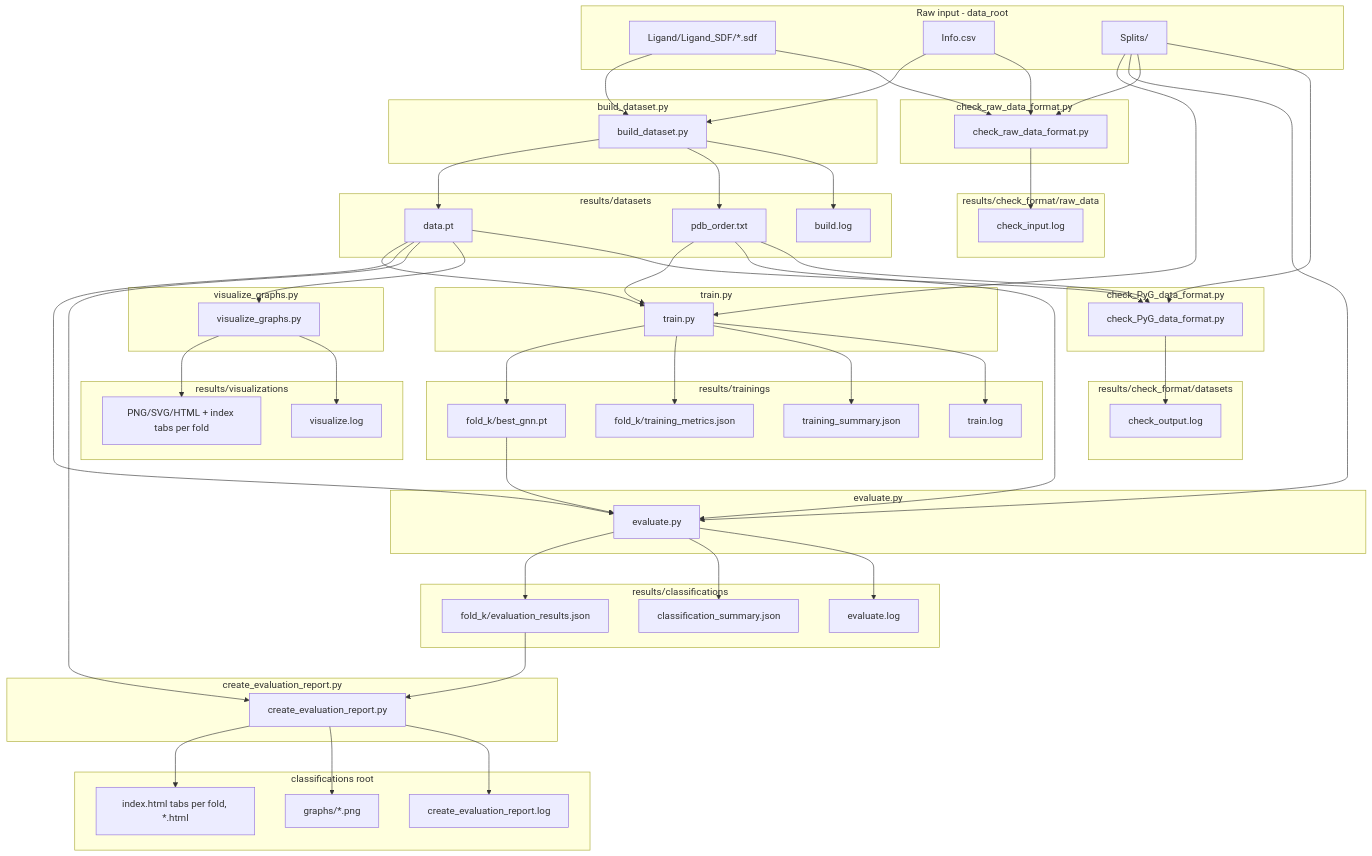
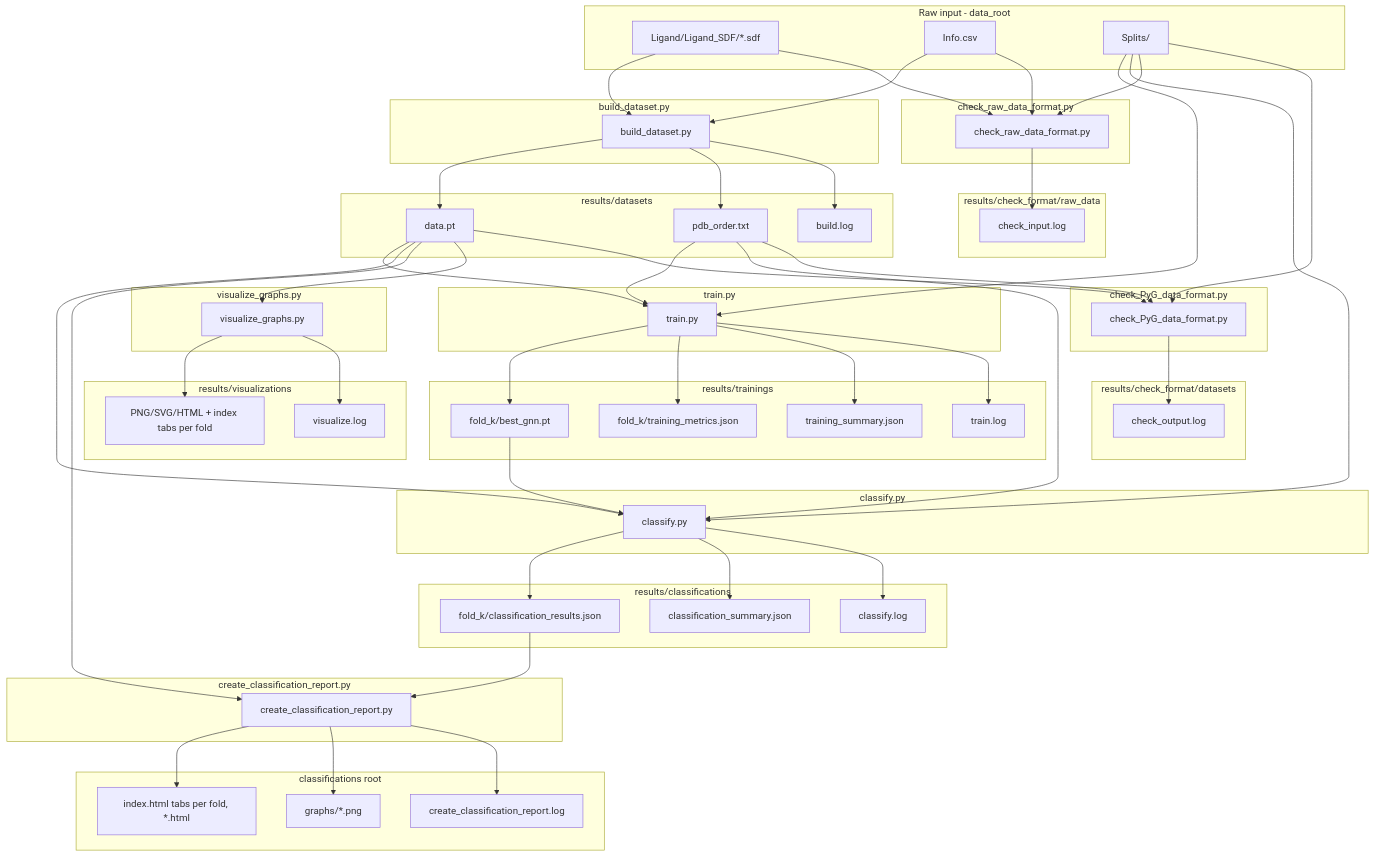
Before and after one commit to mananoreboton/mrpov3_gine_explainers: the first of 2 diagrams in mprov3_gine/README.md, drawn with Mermaid. The commit also changed other lines of this file and 19 other files, not shown here.

First line of the commit message:
Refactor classification and evaluation processes in mprov3_gine

```diff
--- a/mprov3_gine/README.md
+++ b/mprov3_gine/README.md
@@ -41,24 +41,24 @@
         TrainLog[train.log]
     end
 
-    subgraph eval_script [evaluate.py]
-        EvalCLI[evaluate.py]
+    subgraph classif_script [classify.py]
+        ClassifCLI[classify.py]
     end
 
     subgraph out_classifications [results/classifications]
-        EvalJSON[fold_k/evaluation_results.json]
+        ClassifJSON[fold_k/classification_results.json]
         ClassifSummary[classification_summary.json]
-        EvalLog[evaluate.log]
+        ClassifLog[classify.log]
     end
 
-    subgraph report_script [create_evaluation_report.py]
-        ReportCLI[create_evaluation_report.py]
+    subgraph report_script [create_classification_report.py]
+        ReportCLI[create_classification_report.py]
     end
 
     subgraph out_report [classifications root]
         ReportHTML[index.html tabs per fold, *.html]
         ReportGraphs[graphs/*.png]
-        ReportLog[create_evaluation_report.log]
+        ReportLog[create_classification_report.log]
     end
 
     subgraph viz_script [visualize_graphs.py]
@@ -100,15 +100,15 @@
     TrainCLI --> TrainSummary
     TrainCLI --> TrainLog
 
-    DataPT --> EvalCLI
-    PdbOrder --> EvalCLI
-    Splits --> EvalCLI
-    FoldCkpt --> EvalCLI
-    EvalCLI --> EvalJSON
-    EvalCLI --> ClassifSummary
-    EvalCLI --> EvalLog
+    DataPT --> ClassifCLI
+    PdbOrder --> ClassifCLI
+    Splits --> ClassifCLI
+    FoldCkpt --> ClassifCLI
+    ClassifCLI --> ClassifJSON
+    ClassifCLI --> ClassifSummary
+    ClassifCLI --> ClassifLog
 
-    EvalJSON --> ReportCLI
+    ClassifJSON --> ReportCLI
     DataPT --> ReportCLI
     ReportCLI --> ReportHTML
     ReportCLI --> ReportGraphs
```
